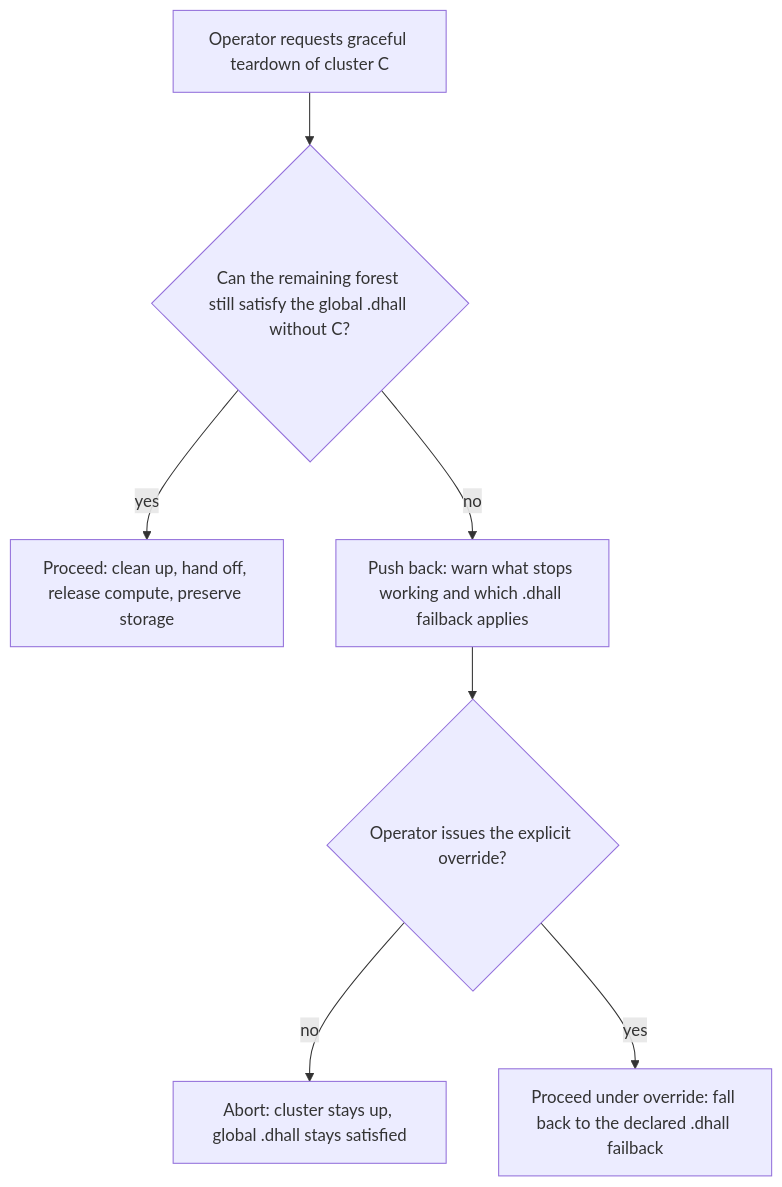
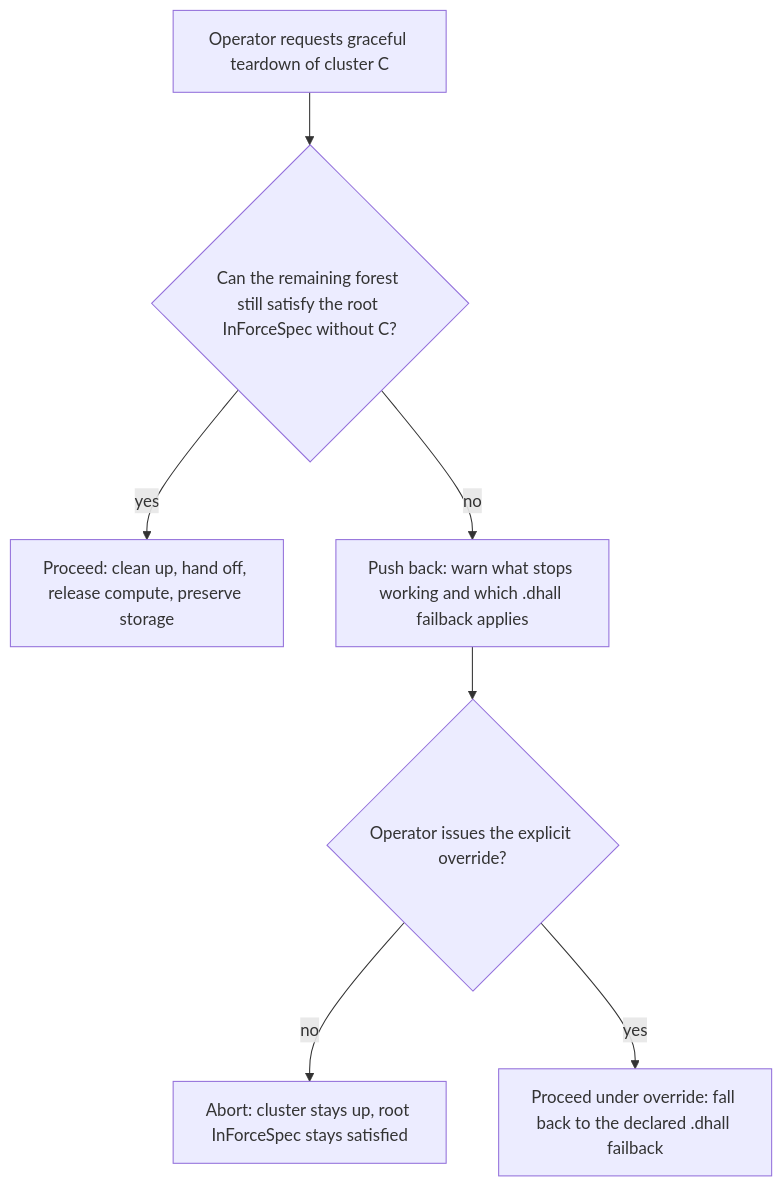
One commit to Tuee22/amoebius changed the second of 2 diagrams in documents/engineering/cluster_lifecycle_doctrine.md. Above: the diagram before and after it, drawn with Mermaid. The commit also changed other lines of this file and 37 other files, not shown here.

````diff
--- a/documents/engineering/cluster_lifecycle_doctrine.md
+++ b/documents/engineering/cluster_lifecycle_doctrine.md
@@ -248,9 +256,9 @@
 ```mermaid
 flowchart TD
-  start[Operator requests graceful teardown of cluster C] --> check{Can the remaining forest still satisfy the global .dhall without C?}
+  start[Operator requests graceful teardown of cluster C] --> check{Can the remaining forest still satisfy the root InForceSpec without C?}
   check -->|yes| proceed[Proceed: clean up, hand off, release compute, preserve storage]
   check -->|no| pushback[Push back: warn what stops working and which .dhall failback applies]
   pushback --> override{Operator issues the explicit override?}
-  override -->|no| abort[Abort: cluster stays up, global .dhall stays satisfied]
+  override -->|no| abort[Abort: cluster stays up, root InForceSpec stays satisfied]
   override -->|yes| degrade[Proceed under override: fall back to the declared .dhall failback]
 ```
````
